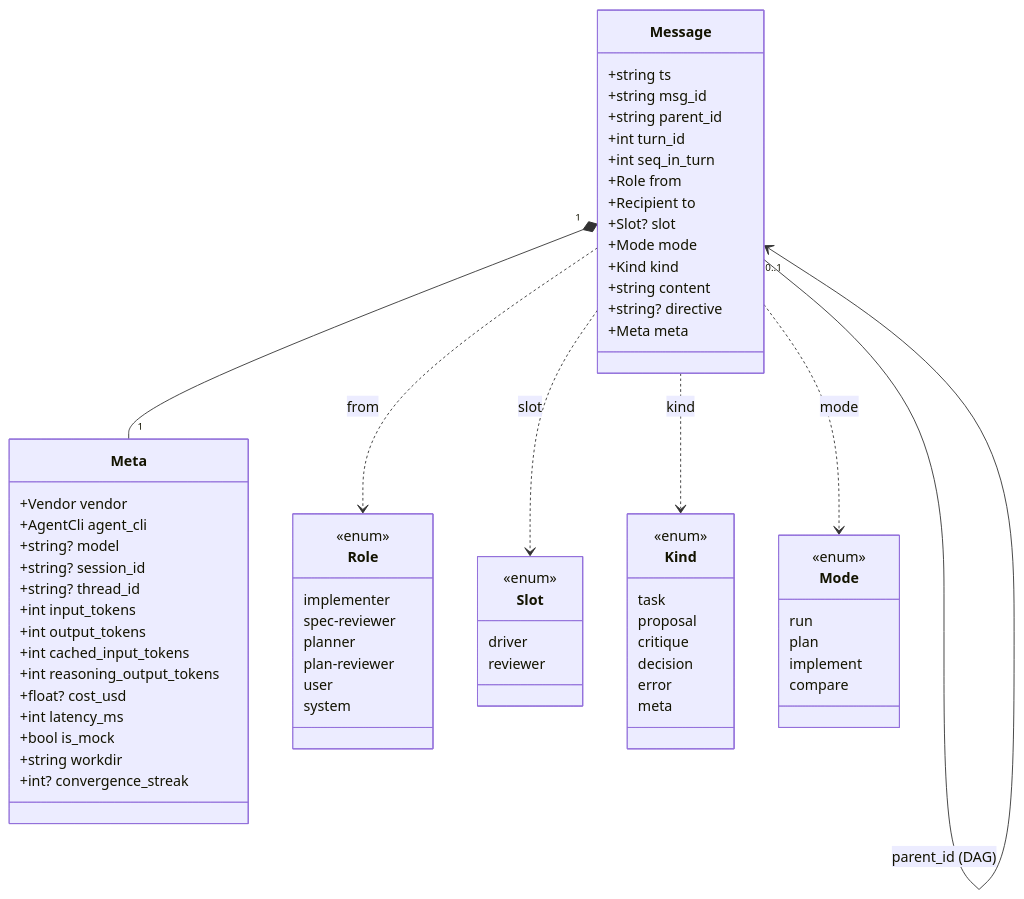
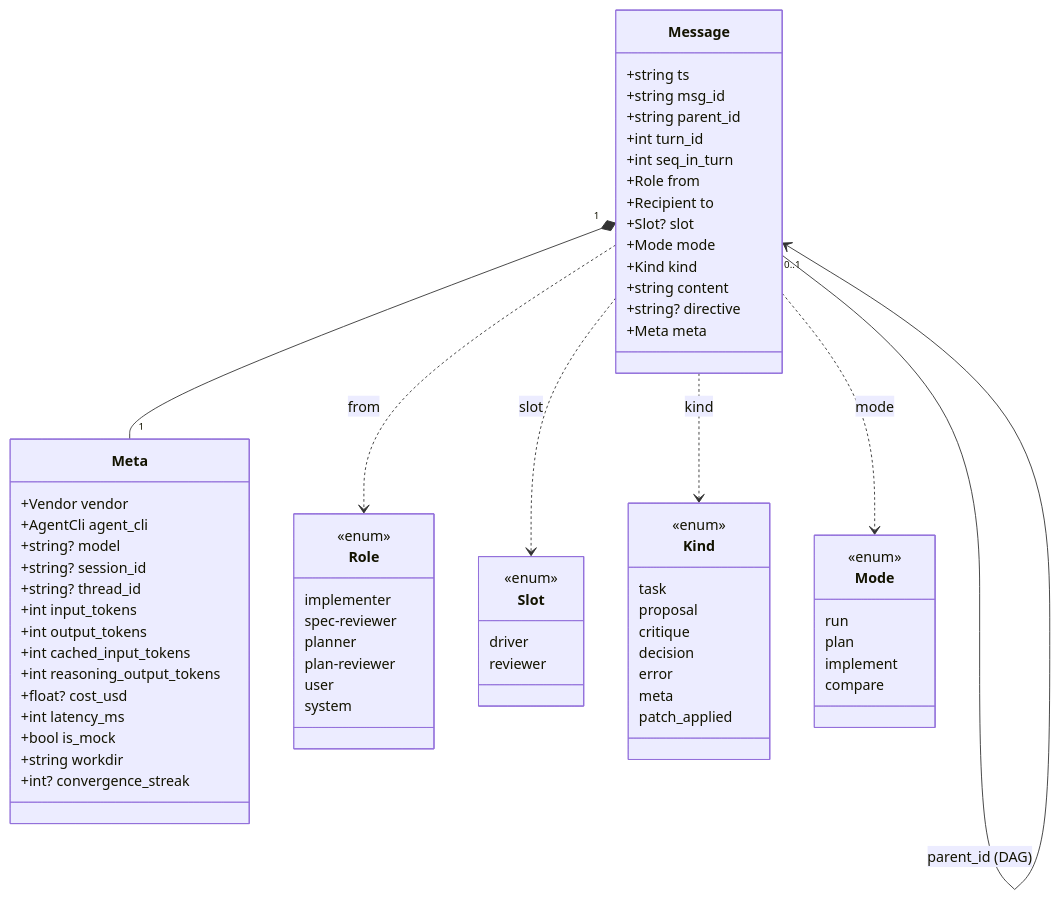
The second of 3 diagrams in docs/runtime-docs/protocol.md (shinjw4929/Dialectic-CLI), drawn with Mermaid before and after one commit. The commit also changed other lines of this file and 10 other files, not shown here.

````diff
--- a/docs/runtime-docs/protocol.md
+++ b/docs/runtime-docs/protocol.md
@@ -125,71 +135,72 @@
 ```mermaid
 classDiagram
     class Message {
         +string ts
         +string msg_id
         +string parent_id
         +int turn_id
         +int seq_in_turn
         +Role from
         +Recipient to
         +Slot? slot
         +Mode mode
         +Kind kind
         +string content
         +string? directive
         +Meta meta
     }
     class Meta {
         +Vendor vendor
         +AgentCli agent_cli
         +string? model
         +string? session_id
         +string? thread_id
         +int input_tokens
         +int output_tokens
         +int cached_input_tokens
         +int reasoning_output_tokens
         +float? cost_usd
         +int latency_ms
         +bool is_mock
         +string workdir
         +int? convergence_streak
     }
     class Role {
         <<enum>>
         implementer
         spec-reviewer
         planner
         plan-reviewer
         user
         system
     }
     class Slot {
         <<enum>>
         driver
         reviewer
     }
     class Kind {
         <<enum>>
         task
         proposal
         critique
         decision
         error
         meta
+        patch_applied
     }
     class Mode {
         <<enum>>
         run
         plan
         implement
         compare
     }
 
     Message "1" *-- "1" Meta
     Message --> "0..1" Message : parent_id (DAG)
     Message ..> Role : from
     Message ..> Slot : slot
     Message ..> Kind : kind
     Message ..> Mode : mode
 ```
````
